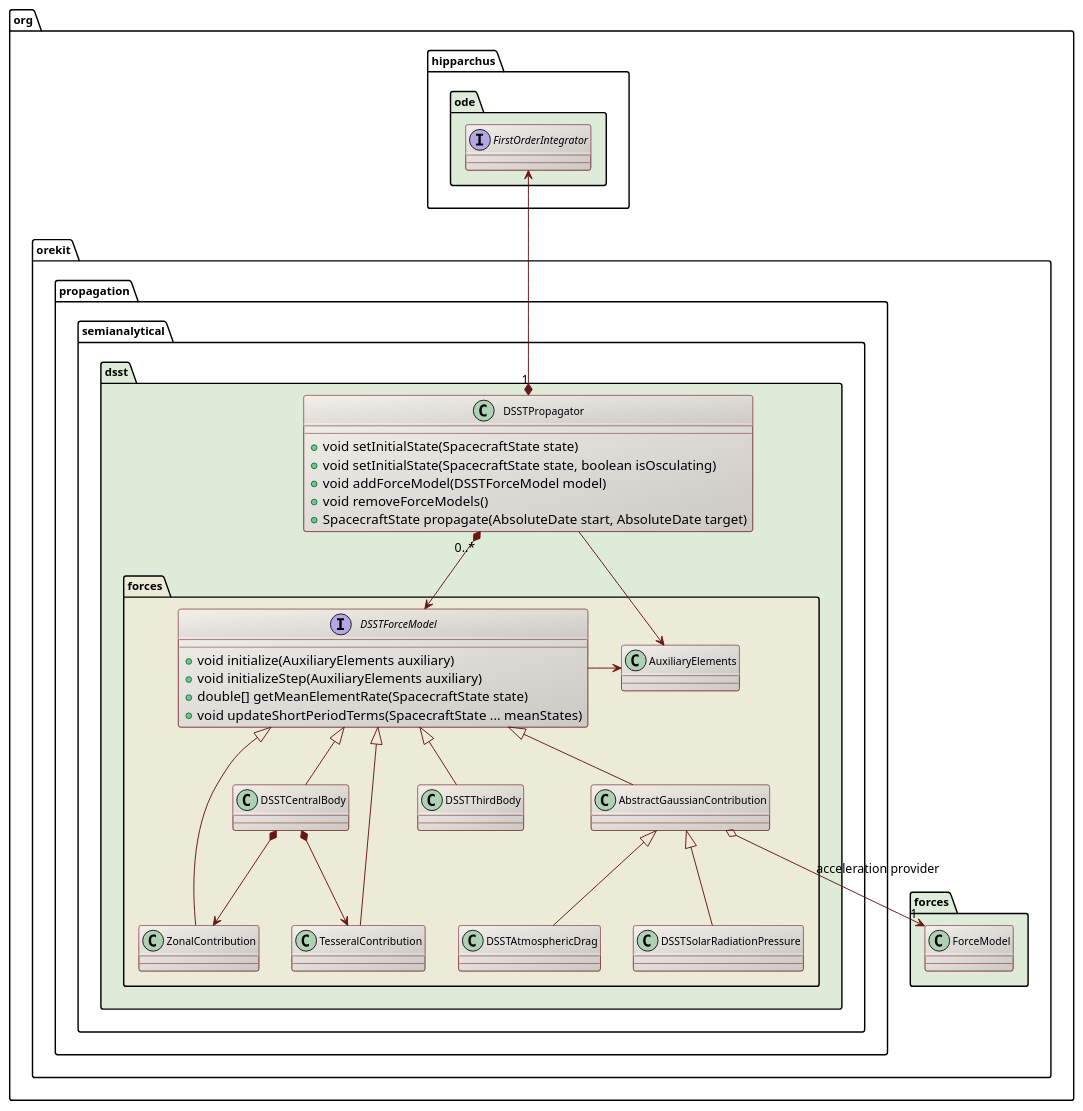
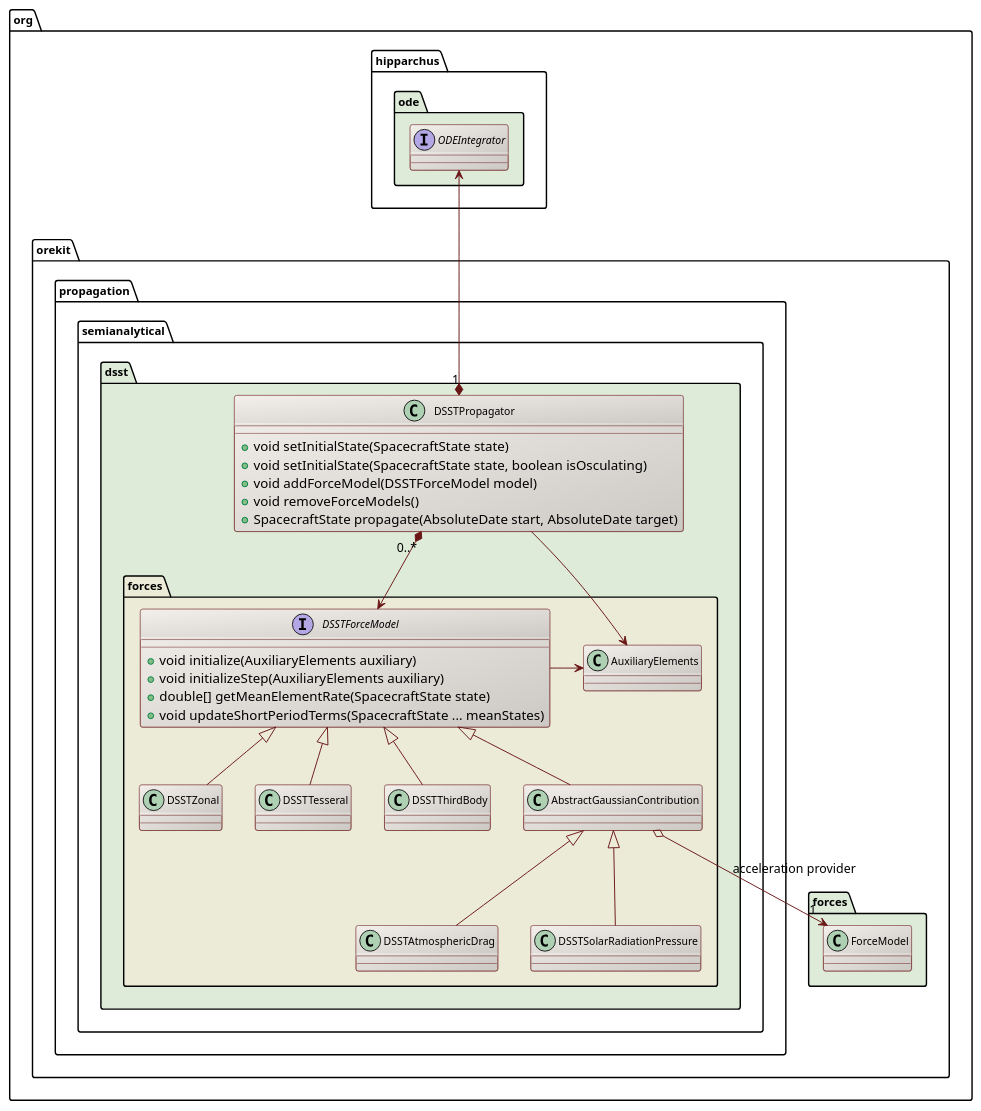
One commit to CS-SI/Orekit changed the diagram in src/design/dsst-propagator-class-diagram.puml. Above: the diagram before and after it, drawn with PlantUML. The commit also changed 7 other files, not shown here.

Commit message:
Updated UML diagrams with latest version.

```diff
--- a/src/design/dsst-propagator-class-diagram.puml
+++ b/src/design/dsst-propagator-class-diagram.puml
@@ -17,68 +17,64 @@
 @startuml
 
   skinparam svek                  true
   skinparam ClassBackgroundColor  #F3EFEB/CCC9C5
   skinparam ClassArrowColor       #691616
   skinparam ClassBorderColor      #691616
   skinparam NoteBackgroundColor   #F3EFEB
   skinparam NoteBorderColor       #691616
   skinparam NoteFontColor         #691616
   skinparam ClassFontSize         11
   skinparam PackageFontSize       12
 
   package org.hipparchus.ode #DDEBD8 {
 
-    interface FirstOrderIntegrator
+    interface ODEIntegrator
 
   }
 
   package org.orekit.forces #DDEBD8 {
     class ForceModel
   }
 
   package org.orekit.propagation.semianalytical.dsst #DDEBD8 {
 
     class DSSTPropagator {
       +void setInitialState(SpacecraftState state)
       +void setInitialState(SpacecraftState state, boolean isOsculating)
       +void addForceModel(DSSTForceModel model)
       +void removeForceModels()
       +SpacecraftState propagate(AbsoluteDate start, AbsoluteDate target)
     }
 
-    FirstOrderIntegrator <--* "1" DSSTPropagator
+    ODEIntegrator <--* "1" DSSTPropagator
 
     package forces #ECEBD8 {
 
       class AuxiliaryElements
 
       interface DSSTForceModel {
         +void initialize(AuxiliaryElements auxiliary)
         +void initializeStep(AuxiliaryElements auxiliary)
         +double[] getMeanElementRate(SpacecraftState state)
         +void updateShortPeriodTerms(SpacecraftState ... meanStates)
       }
 
       DSSTForceModel -right->  AuxiliaryElements
-      DSSTForceModel <|-- DSSTCentralBody
-      DSSTForceModel <|-- ZonalContribution
-      DSSTForceModel <|-- TesseralContribution
+      DSSTForceModel <|-- DSSTZonal
+      DSSTForceModel <|-- DSSTTesseral
       DSSTForceModel <|-- DSSTThirdBody
       DSSTForceModel <|-- AbstractGaussianContribution
 
       AbstractGaussianContribution <|-- DSSTAtmosphericDrag
       AbstractGaussianContribution <|-- DSSTSolarRadiationPressure
       AbstractGaussianContribution o--> "1" ForceModel : acceleration provider
-
-      DSSTCentralBody *--> ZonalContribution
-      DSSTCentralBody *--> TesseralContribution
 
     }
 
     DSSTPropagator "0..*" *--> DSSTForceModel
     DSSTPropagator --> AuxiliaryElements
 
   }
 
 
 @enduml
```
